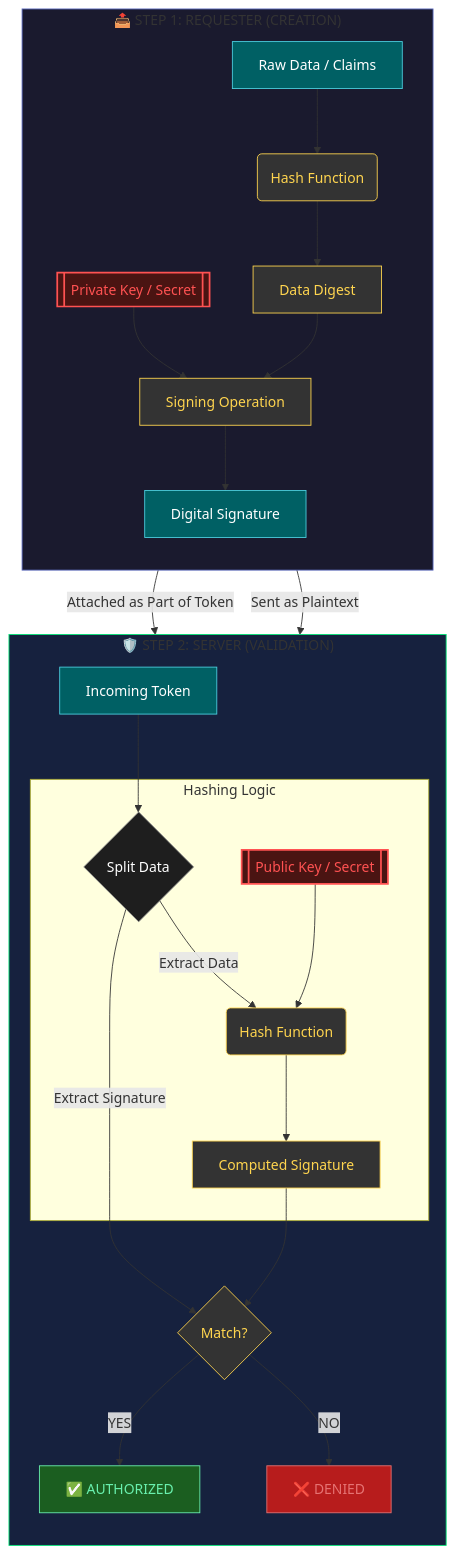
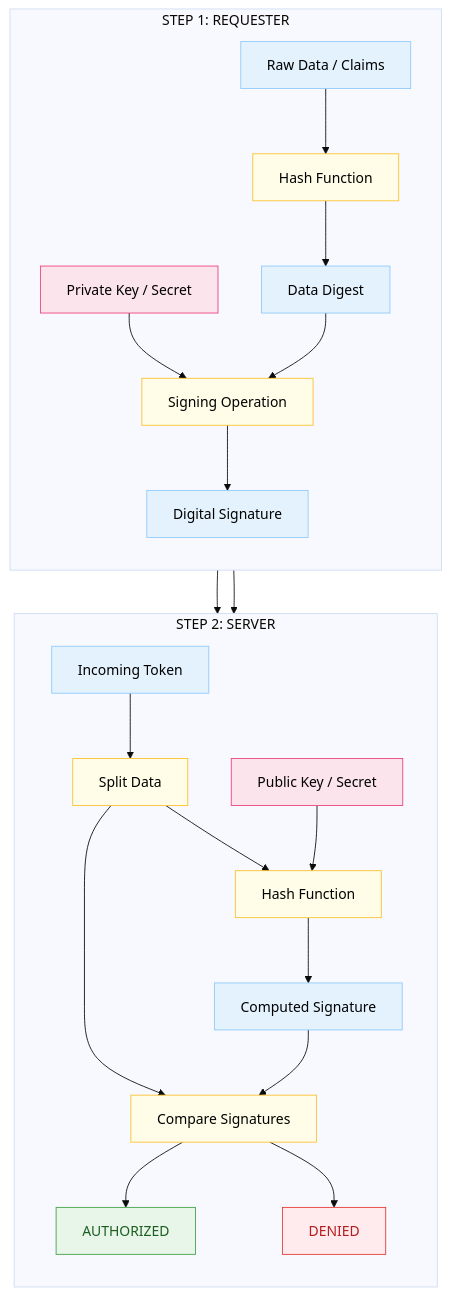
The second of 8 diagrams in Security/AuthN_AuthZ.md (PrashantMudhiraj/AuthN_AuthZ), drawn with Mermaid before and after one commit. The commit also changed other lines of this file and 1 other file, not shown here.

````diff
--- a/Security/AuthN_AuthZ.md
+++ b/Security/AuthN_AuthZ.md
@@ -483,49 +490,44 @@
 ```mermaid
+%%{ init: { "theme": "base" } }%%
 graph TD
-    %% Global Styles for Dark Theme
-    classDef default fill:#1e1e1e,stroke:#888,color:#fff;
-    classDef data fill:#006064,stroke:#4dd0e1,color:#fff;
-    classDef key fill:#4a1412,stroke:#ff5252,color:#ff5252,stroke-width:2px;
-    classDef process fill:#333,stroke:#ffd54f,color:#ffd54f;
-    classDef success fill:#1b5e20,stroke:#69f0ae,color:#69f0ae;
-    classDef failure fill:#b71c1c,stroke:#e57373,color:#e57373;
-    classDef border fill:none,stroke:#444,stroke-dasharray: 5 5;
+
+    %% --- Color Definitions (Simple & Semantic) ---
+    classDef data fill:#e3f2fd,stroke:#90caf9,color:#000;
+    classDef process fill:#fffde7,stroke:#fbc02d,color:#000;
+    classDef key fill:#fce4ec,stroke:#ec407a,color:#000;
+    classDef success fill:#e8f5e9,stroke:#43a047,color:#1b5e20;
+    classDef failure fill:#ffebee,stroke:#e53935,color:#b71c1c;
 
     %% --- SENDER / REQUESTER PROCESS ---
-    subgraph REQUESTER ["📤 STEP 1: REQUESTER (CREATION)"]
+    subgraph REQUESTER["STEP 1: REQUESTER"]
         direction TB
-        Payload[Raw Data / Claims]:::data --> Hash1(Hash Function):::process
-        Hash1 --> Digest1[Data Digest]:::process
+        Payload[Raw Data / Claims]:::data --> Hash1[Hash Function]:::process
+        Hash1 --> Digest1[Data Digest]:::data
 
-        Secret1[[Private Key / Secret]]:::key --> Sign[Signing Operation]:::process
+        Secret1[Private Key / Secret]:::key --> Sign[Signing Operation]:::process
         Digest1 --> Sign
 
         Sign --> Signature[Digital Signature]:::data
     end
 
     %% --- TRANSMISSION ---
-    Signature -- "Attached as Part of Token" --> Incoming
-    Payload -- "Sent as Plaintext" --> Incoming
+    Signature --> Incoming[Incoming Token]:::data
+    Payload --> Incoming
 
     %% --- RECIPIENT / SERVER PROCESS ---
-    subgraph SERVER ["🛡️ STEP 2: SERVER (VALIDATION)"]
+    subgraph SERVER["STEP 2: SERVER"]
         direction TB
-        Incoming[Incoming Token]:::data --> Split{Split Data}
+        Incoming --> Split[Split Data]:::process
 
-        subgraph Hashing ["Hashing Logic"]
-            Split -- "Extract Data" --> Recalculate(Hash Function):::process
-            Key2[[Public Key / Secret]]:::key --> Recalculate
-            Recalculate --> ComputedSig[Computed Signature]:::process
-        end
+        Split --> Recalculate[Hash Function]:::process
+        Key2[Public Key / Secret]:::key --> Recalculate
+        Recalculate --> ComputedSig[Computed Signature]:::data
 
-        Split -- "Extract Signature" --> Compare
-        ComputedSig --> Compare{Match?}:::process
+        Split --> Compare[Compare Signatures]:::process
+        ComputedSig --> Compare
 
-        Compare -- YES --> OK[✅ AUTHORIZED]:::success
-        Compare -- NO --> ERR[❌ DENIED]:::failure
+        Compare --> OK[AUTHORIZED]:::success
+        Compare --> ERR[DENIED]:::failure
     end
 
-    %% Aesthetics
-    style REQUESTER fill:#1a1a2e,stroke:#5c6bc0
-    style SERVER fill:#16213e,stroke:#00e676
 ```
````
